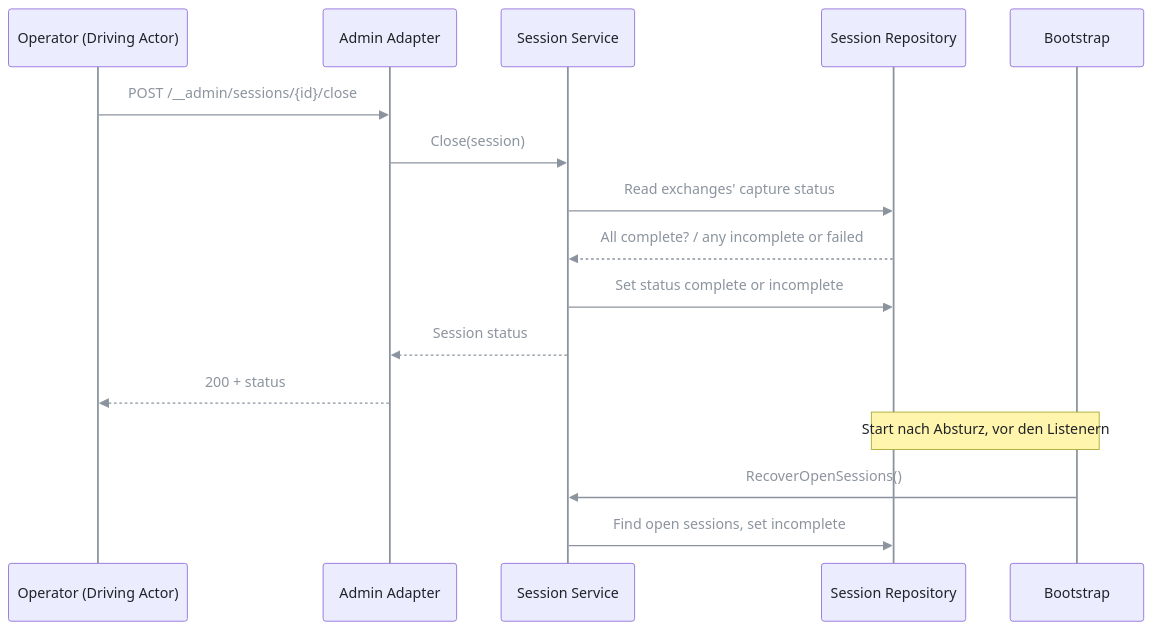
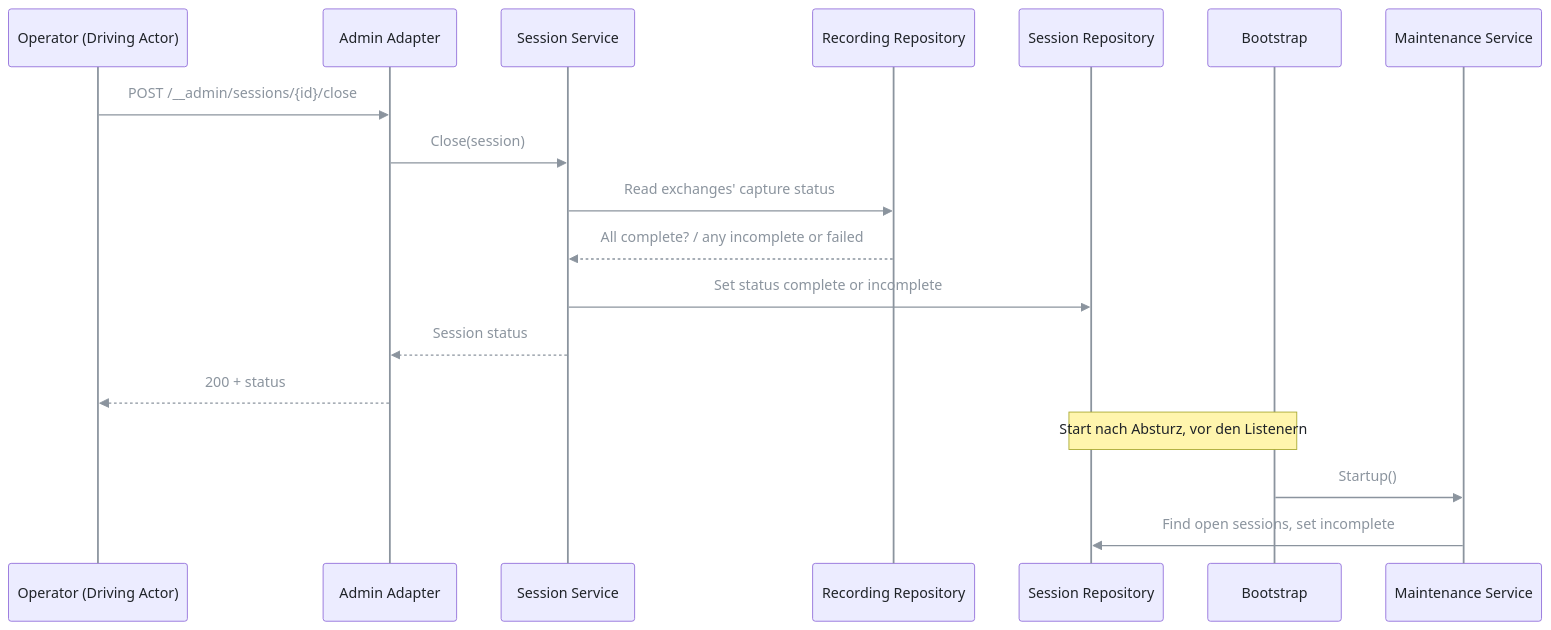
Before and after one commit to pt9912/odata-recorder: diagram 11 of 11 in spec/architecture.md, drawn with Mermaid. The commit also changed other lines of this file and 3 other files, not shown here.

````diff
--- a/spec/architecture.md
+++ b/spec/architecture.md
@@ -464,19 +478,21 @@
 ```mermaid
 %%{init: {'themeVariables': {'lineColor': '#8b949e', 'signalColor': '#8b949e', 'signalTextColor': '#8b949e', 'actorLineColor': '#8b949e', 'loopTextColor': '#8b949e', 'textColor': '#c9d1d9', 'primaryTextColor': '#1f2328', 'nodeTextColor': '#1f2328', 'actorTextColor': '#1f2328', 'noteTextColor': '#1f2328', 'edgeLabelBackground': '#30363d'}}}%%
 sequenceDiagram
     participant O as Operator (Driving Actor)
     participant A as Admin Adapter
     participant S as Session Service
+    participant X as Recording Repository
     participant R as Session Repository
     participant B as Bootstrap
+    participant M as Maintenance Service
     O->>A: POST /__admin/sessions/{id}/close
     A->>S: Close(session)
-    S->>R: Read exchanges' capture status
-    R-->>S: All complete? / any incomplete or failed
+    S->>X: Read exchanges' capture status
+    X-->>S: All complete? / any incomplete or failed
     S->>R: Set status complete or incomplete
     S-->>A: Session status
     A-->>O: 200 + status
     Note over B,R: Start nach Absturz, vor den Listenern
-    B->>S: RecoverOpenSessions()
-    S->>R: Find open sessions, set incomplete
+    B->>M: Startup()
+    M->>R: Find open sessions, set incomplete
 ```
````
